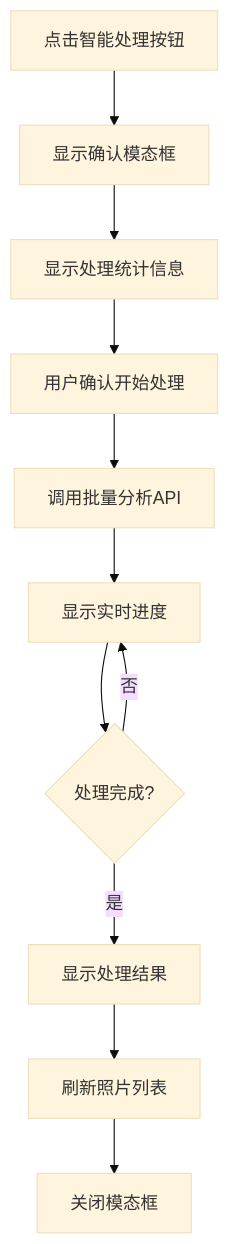
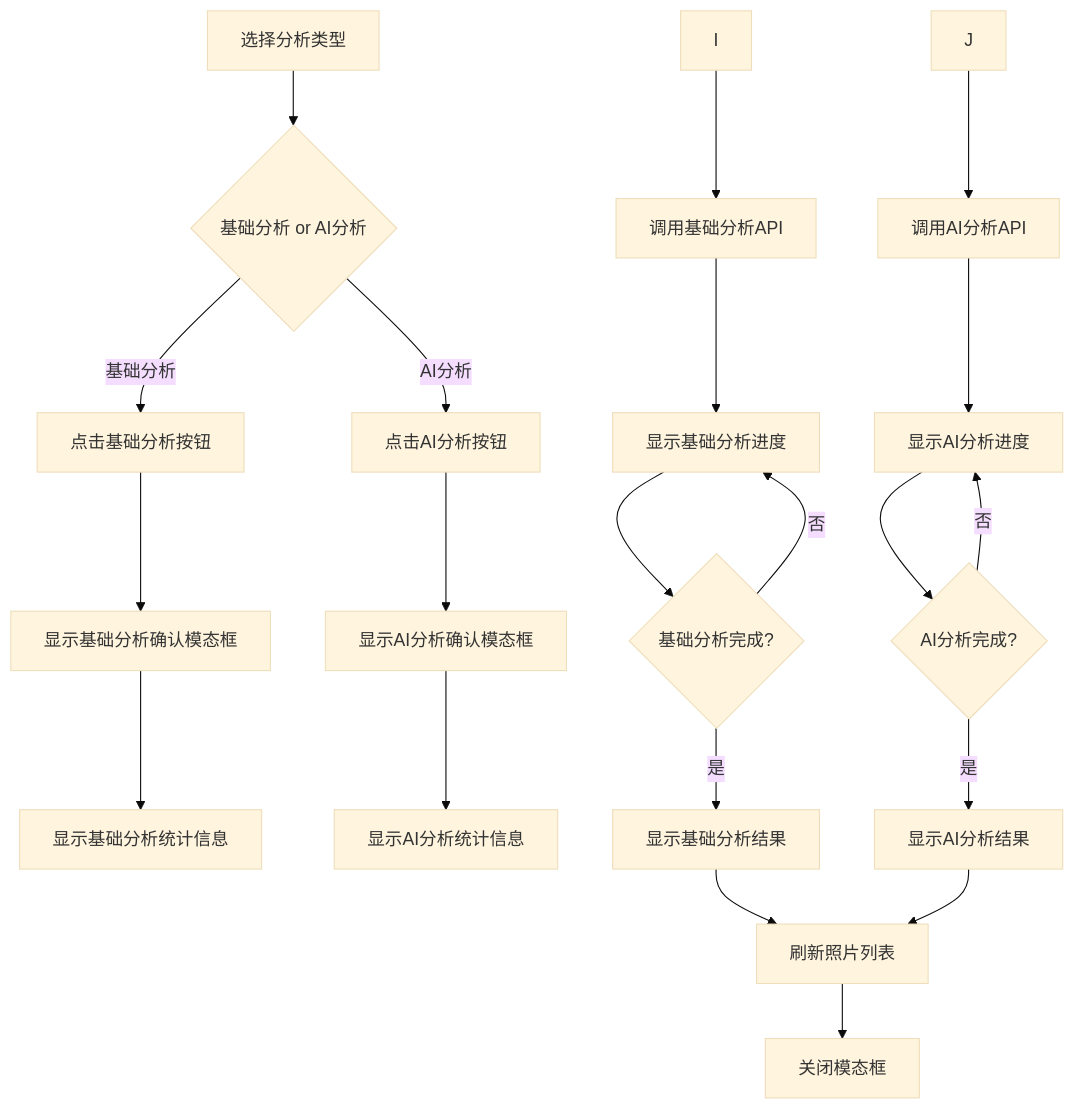
One commit to alvaxu/photo-org changed the second of 2 diagrams in photos_org/doc/选择智能处理功能详细设计文档.md. Above: the diagram before and after it, drawn with Mermaid (base theme). The commit also changed other lines of this file and 27 other files, not shown here.

````diff
--- a/photos_org/doc/选择智能处理功能详细设计文档.md
+++ b/photos_org/doc/选择智能处理功能详细设计文档.md
@@ -283,13 +286,23 @@
 ```mermaid
 graph TD
-    A[点击智能处理按钮] --> B[显示确认模态框]
-    B --> C[显示处理统计信息]
-    C --> D[用户确认开始处理]
-    D --> E[调用批量分析API]
-    E --> F[显示实时进度]
-    F --> G{处理完成?}
-    G -->|否| F
-    G -->|是| H[显示处理结果]
-    H --> I[刷新照片列表]
-    I --> J[关闭模态框]
+    A[选择分析类型] --> B{基础分析 or AI分析}
+    B -->|基础分析| C[点击基础分析按钮]
+    B -->|AI分析| D[点击AI分析按钮]
+    C --> E[显示基础分析确认模态框]
+    D --> F[显示AI分析确认模态框]
+    E --> G[显示基础分析统计信息]
+    F --> H[显示AI分析统计信息]
+    I --> K[调用基础分析API]
+    J --> L[调用AI分析API]
+    K --> M[显示基础分析进度]
+    L --> N[显示AI分析进度]
+    M --> O{基础分析完成?}
+    N --> P{AI分析完成?}
+    O -->|否| M
+    P -->|否| N
+    O -->|是| Q[显示基础分析结果]
+    P -->|是| R[显示AI分析结果]
+    Q --> S[刷新照片列表]
+    R --> S
+    S --> T[关闭模态框]
 ```
````
